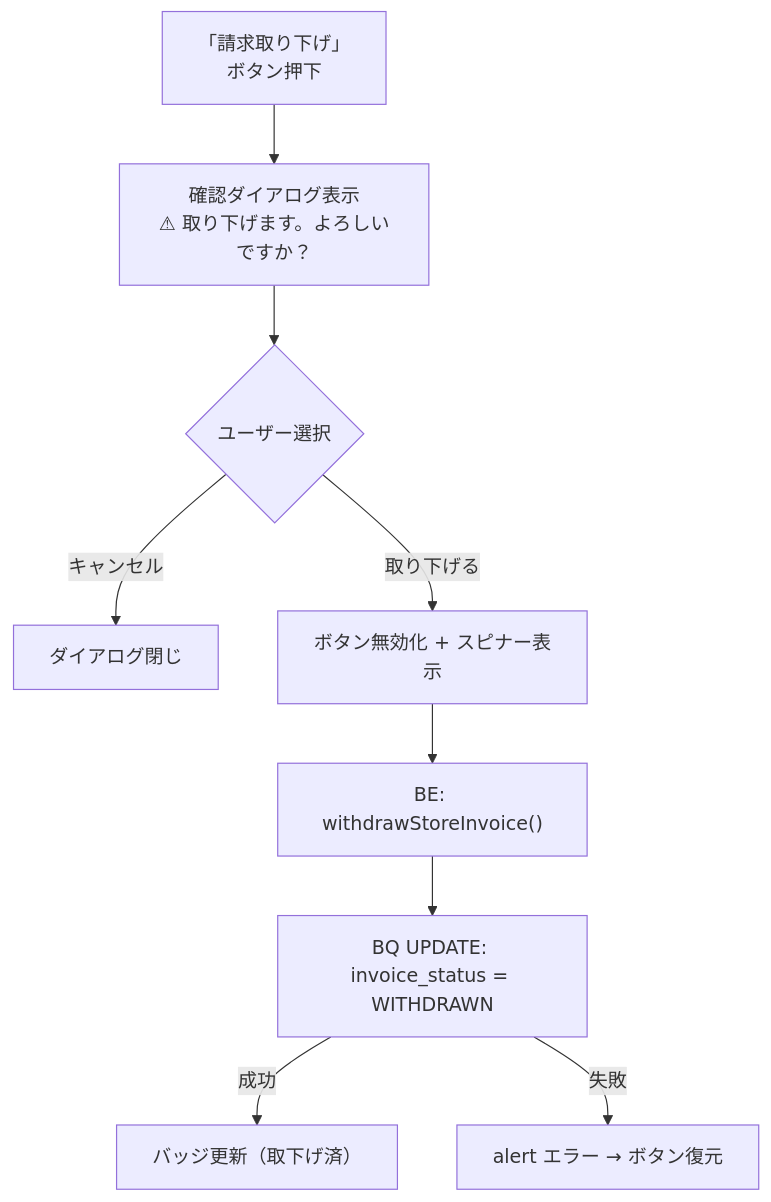
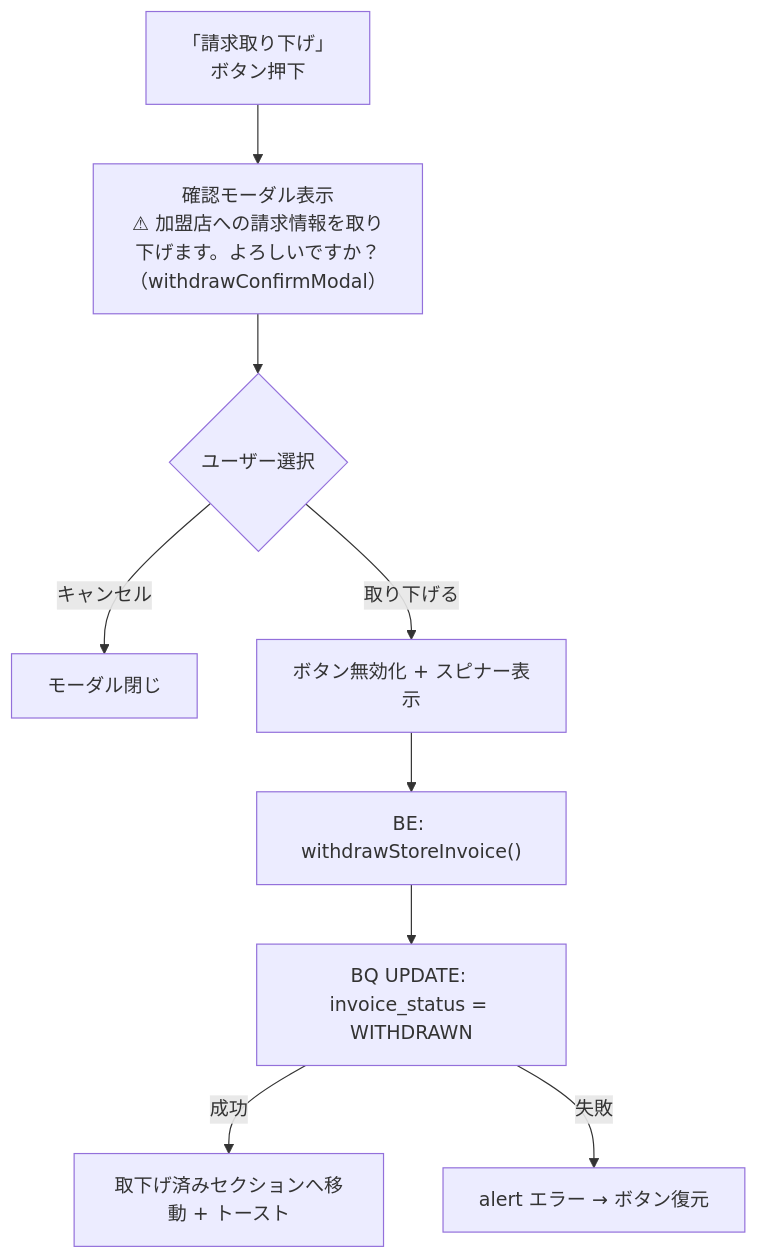
Before and after one commit to USEN-PAY-Products/connect-wholesale-gas-poc: diagram 11 of 17 in docs/specifications/04_detail_page.md, drawn with Mermaid. The commit also changed other lines of this file and 13 other files, not shown here.

````diff
--- a/docs/specifications/04_detail_page.md
+++ b/docs/specifications/04_detail_page.md
@@ -314,11 +318,11 @@
 ```mermaid
 flowchart TD
-    START["「請求取り下げ」\nボタン押下"] --> DIALOG["確認ダイアログ表示\n⚠ 取り下げます。よろしいですか？"]
+    START["「請求取り下げ」\nボタン押下"] --> DIALOG["確認モーダル表示\n⚠ 加盟店への請求情報を取り下げます。よろしいですか？\n（withdrawConfirmModal）"]
     DIALOG --> CANCEL{"ユーザー選択"}
-    CANCEL -->|キャンセル| CLOSE["ダイアログ閉じ"]
+    CANCEL -->|キャンセル| CLOSE["モーダル閉じ"]
     CANCEL -->|取り下げる| DISABLE["ボタン無効化 + スピナー表示"]
     DISABLE --> BE["BE: withdrawStoreInvoice()"]
     BE --> BQ["BQ UPDATE: invoice_status = WITHDRAWN"]
-    BQ -->|成功| SUCCESS["バッジ更新（取下げ済）"]
+    BQ -->|成功| SUCCESS["取下げ済みセクションへ移動 + トースト"]
     BQ -->|失敗| FAIL["alert エラー → ボタン復元"]
 ```
````
